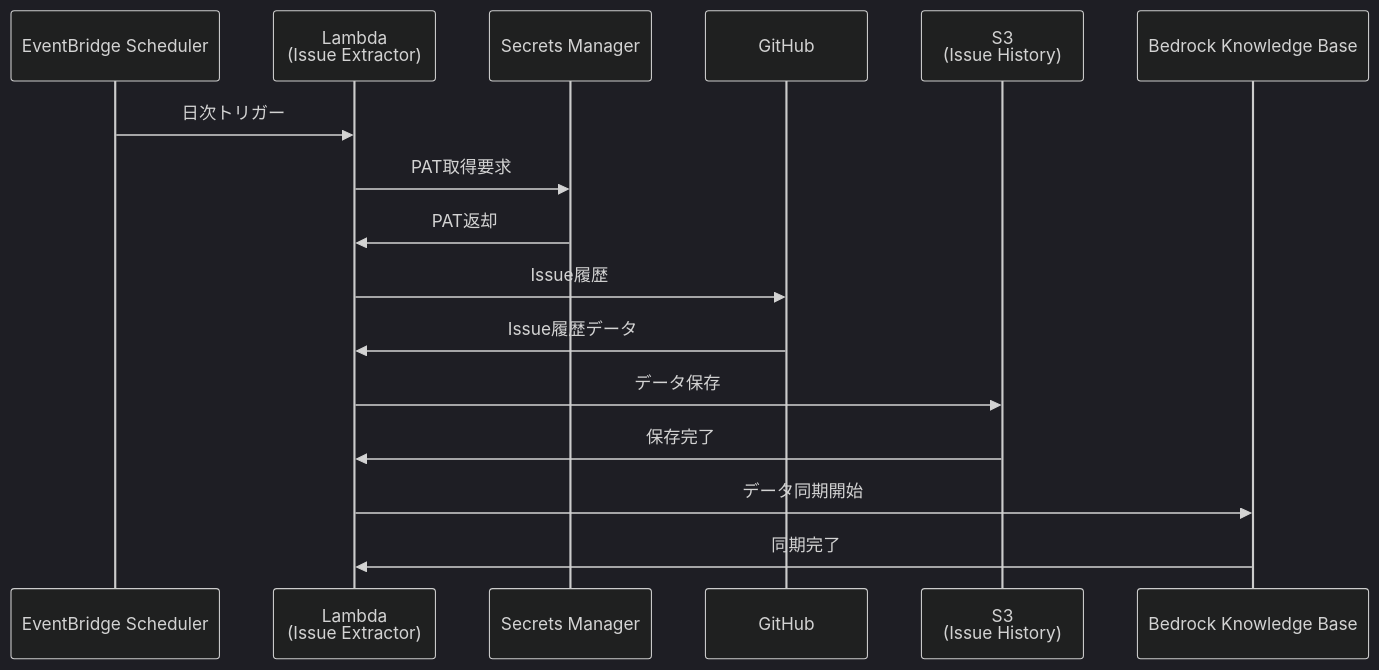
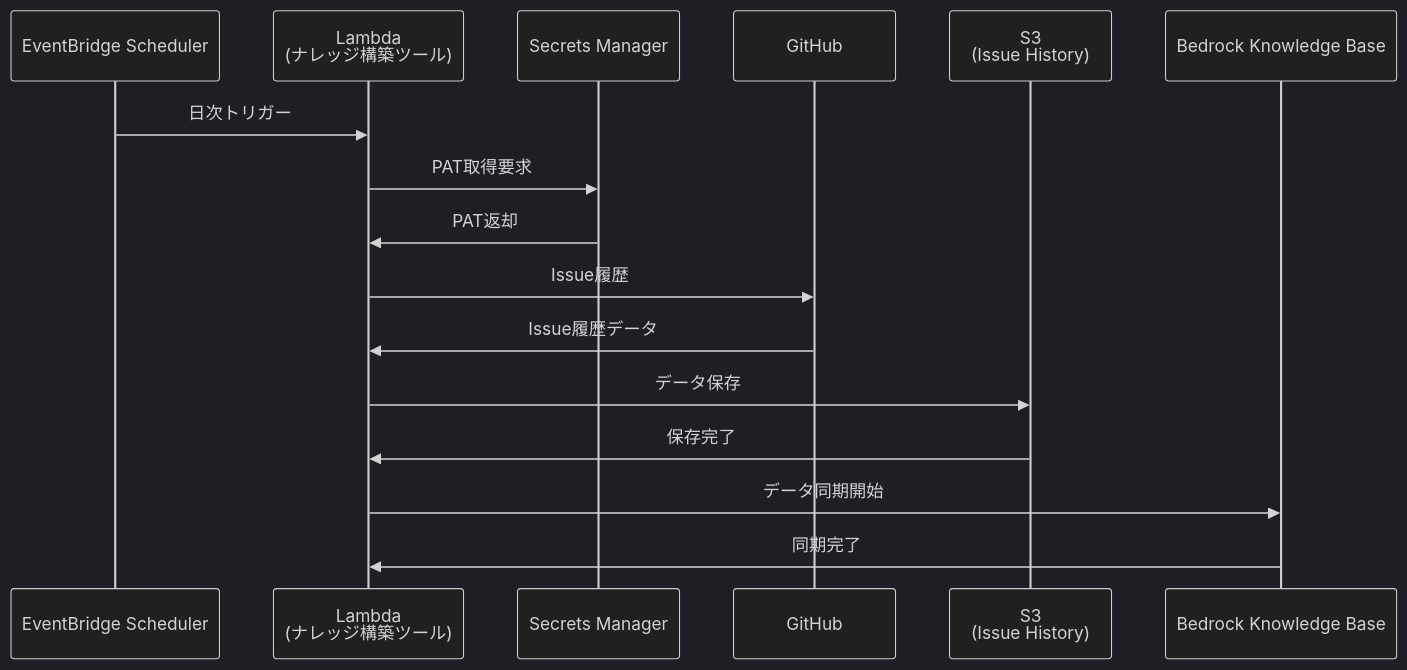
The seventh of 7 diagrams in DESIGN.md (nangashi/ai-test), drawn with Mermaid (dark theme) before and after one commit. The commit also changed other lines of this file, not shown here.

````diff
--- a/DESIGN.md
+++ b/DESIGN.md
@@ -388,19 +415,19 @@
 ```mermaid
 sequenceDiagram
     participant ES as EventBridge Scheduler
-    participant L3 as Lambda<br/>(Issue Extractor)
+    participant L3 as Lambda<br/>(ナレッジ構築ツール)
     participant SM as Secrets Manager
     participant GH as GitHub
     participant S3 as S3<br/>(Issue History)
     participant KB as Bedrock Knowledge Base
 
     ES->>L3: 日次トリガー
     L3->>SM: PAT取得要求
     SM->>L3: PAT返却
     L3->>GH: Issue履歴
     GH->>L3: Issue履歴データ
     L3->>S3: データ保存
     S3->>L3: 保存完了
     L3->>KB: データ同期開始
     KB->>L3: 同期完了
 ```
````
